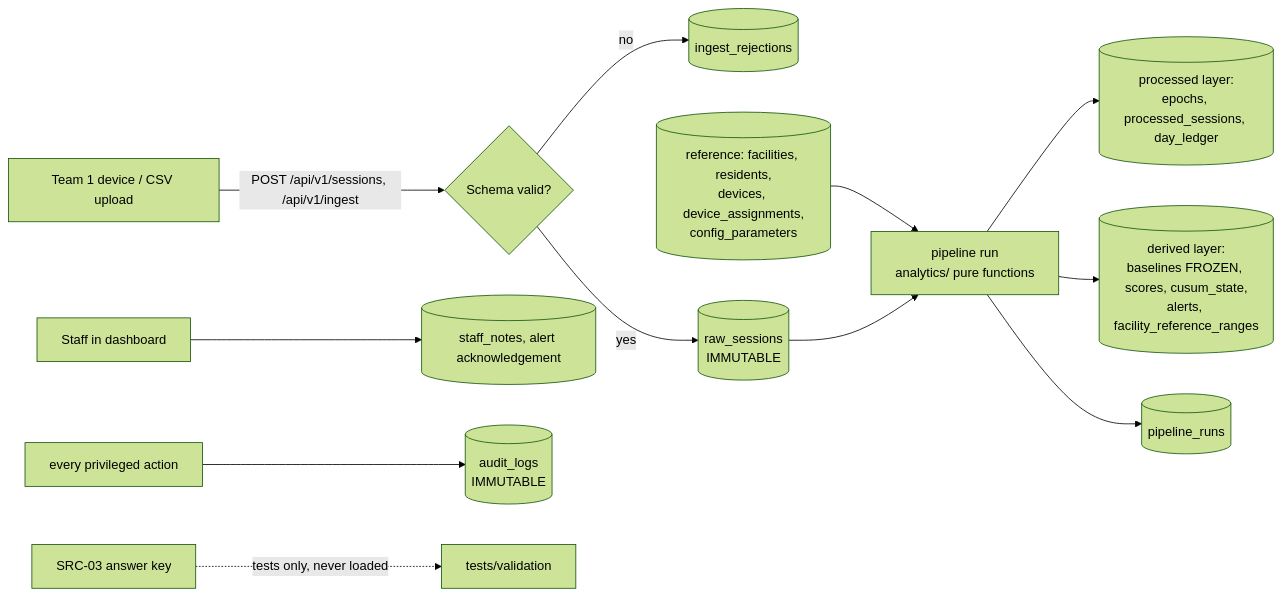
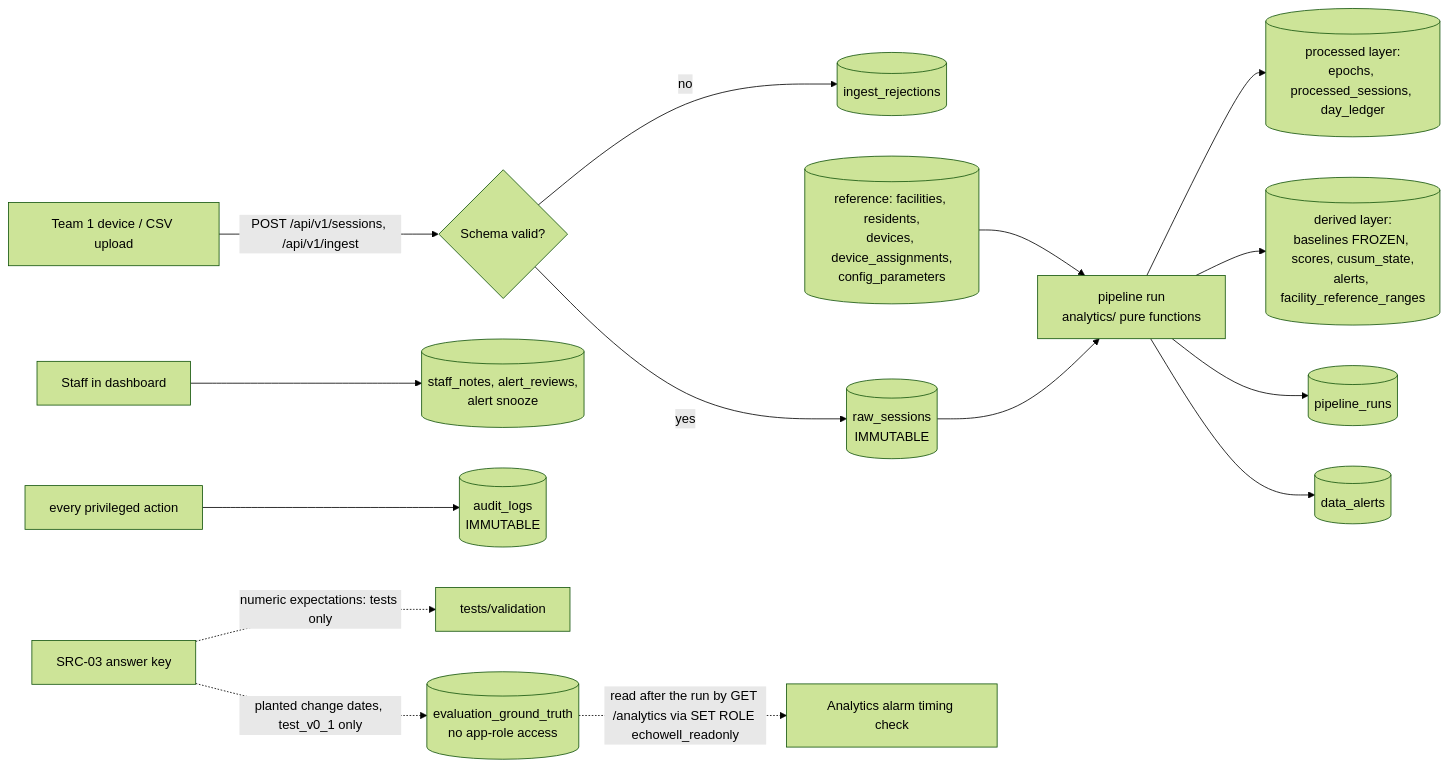
Before and after one commit to EchoWellApp/echowell: the first of 3 diagrams in specs/TRD/06_Database_Design_TRD.md, drawn with Mermaid (forest theme). The commit also changed other lines of this file and 7 other files, not shown here.

````diff
--- a/specs/TRD/06_Database_Design_TRD.md
+++ b/specs/TRD/06_Database_Design_TRD.md
@@ -56,14 +60,17 @@
 ```mermaid
 flowchart LR
   T1[Team 1 device / CSV upload] -->|POST /api/v1/sessions, /api/v1/ingest| V{Schema valid?}
   V -- no --> REJ[(ingest_rejections)]
   V -- yes --> RAW[(raw_sessions<br/>IMMUTABLE)]
   REF[(reference: facilities, residents,<br/>devices, device_assignments,<br/>config_parameters)] --> P
   RAW --> P[pipeline run<br/>analytics/ pure functions]
   P --> L1[(processed layer:<br/>epochs, processed_sessions, day_ledger)]
   P --> L2[(derived layer:<br/>baselines FROZEN, scores, cusum_state,<br/>alerts, facility_reference_ranges)]
   P --> RUN[(pipeline_runs)]
-  STAFF[Staff in dashboard] --> HN[(staff_notes, alert acknowledgement)]
+  P --> DA[(data_alerts)]
+  STAFF[Staff in dashboard] --> HN[(staff_notes, alert_reviews,<br/>alert snooze)]
   ALL[every privileged action] --> AUD[(audit_logs<br/>IMMUTABLE)]
-  KEY[SRC-03 answer key] -. tests only, never loaded .-> TESTS[tests/validation]
+  KEY[SRC-03 answer key] -. numeric expectations: tests only .-> TESTS[tests/validation]
+  KEY -. planted change dates, test_v0_1 only .-> EGT[(evaluation_ground_truth<br/>no app-role access)]
+  EGT -. read after the run by GET /analytics via SET ROLE echowell_readonly .-> AN[Analytics alarm timing check]
 ```
````
